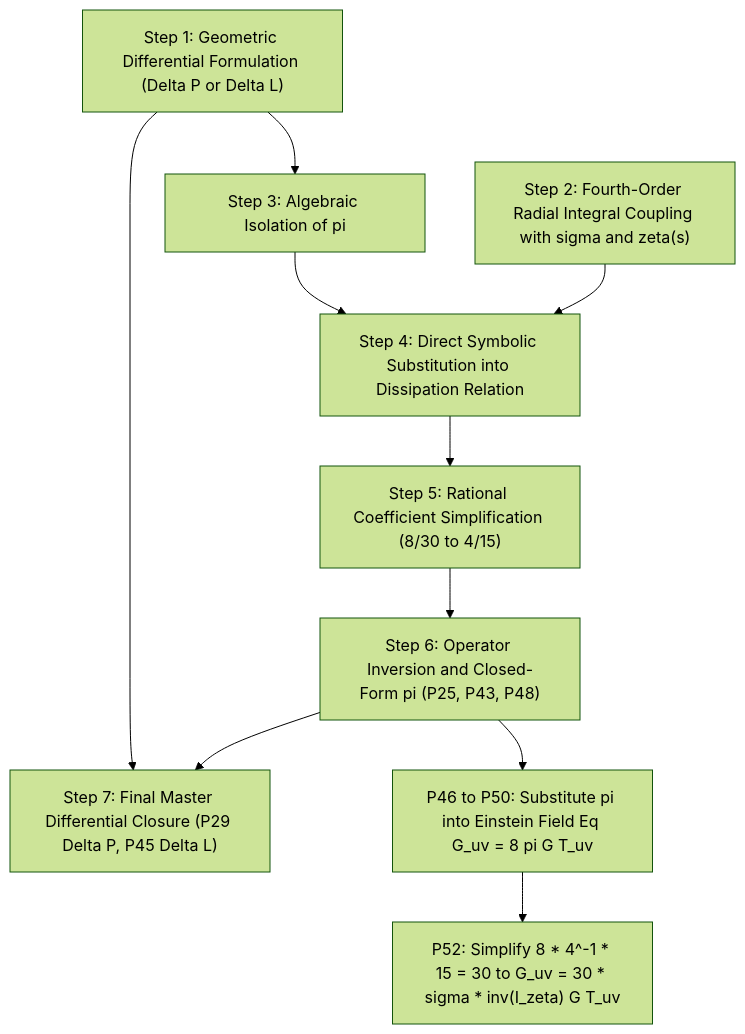
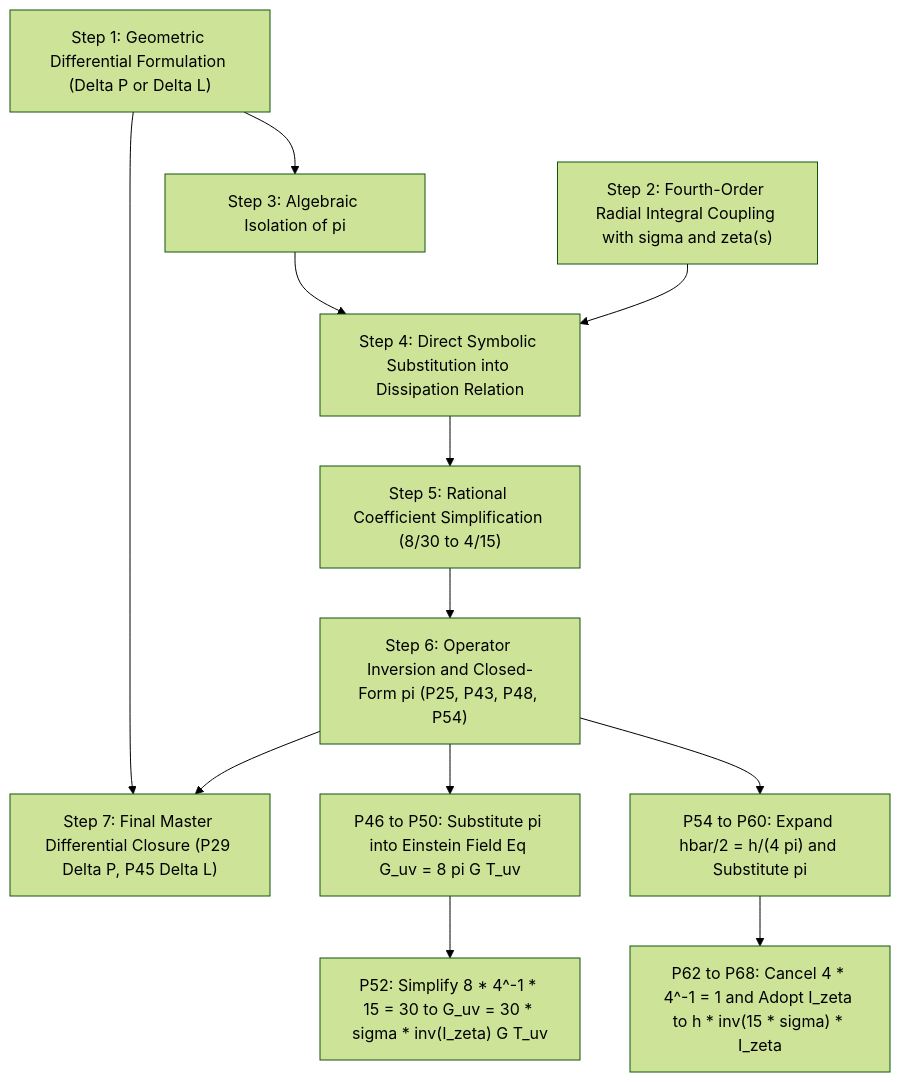
One commit to SamuelPurba/Samuel-Navier-Stocks-Equation-Solution changed the first of 3 diagrams in README.md. Above: the diagram before and after it, drawn with Mermaid (forest theme). The commit also changed other lines of this file and 5 other files, not shown here.

````diff
--- a/README.md
+++ b/README.md
@@ -335,12 +359,14 @@
 ```mermaid
 flowchart TD
     S1["Step 1: Geometric Differential Formulation (Delta P or Delta L)"] --> S3["Step 3: Algebraic Isolation of pi"]
     S2["Step 2: Fourth-Order Radial Integral Coupling with sigma and zeta(s)"] --> S4["Step 4: Direct Symbolic Substitution into Dissipation Relation"]
     S3 --> S4
     S4 --> S5["Step 5: Rational Coefficient Simplification (8/30 to 4/15)"]
-    S5 --> S6["Step 6: Operator Inversion and Closed-Form pi (P25, P43, P48)"]
+    S5 --> S6["Step 6: Operator Inversion and Closed-Form pi (P25, P43, P48, P54)"]
     S6 --> S7["Step 7: Final Master Differential Closure (P29 Delta P, P45 Delta L)"]
     S1 --> S7
     S6 --> E1["P46 to P50: Substitute pi into Einstein Field Eq G_uv = 8 pi G T_uv"]
     E1 --> E2["P52: Simplify 8 * 4^-1 * 15 = 30 to G_uv = 30 * sigma * inv(I_zeta) G T_uv"]
+    S6 --> H1["P54 to P60: Expand hbar/2 = h/(4 pi) and Substitute pi"]
+    H1 --> H2["P62 to P68: Cancel 4 * 4^-1 = 1 and Adopt I_zeta to h * inv(15 * sigma) * I_zeta"]
 ```
````
